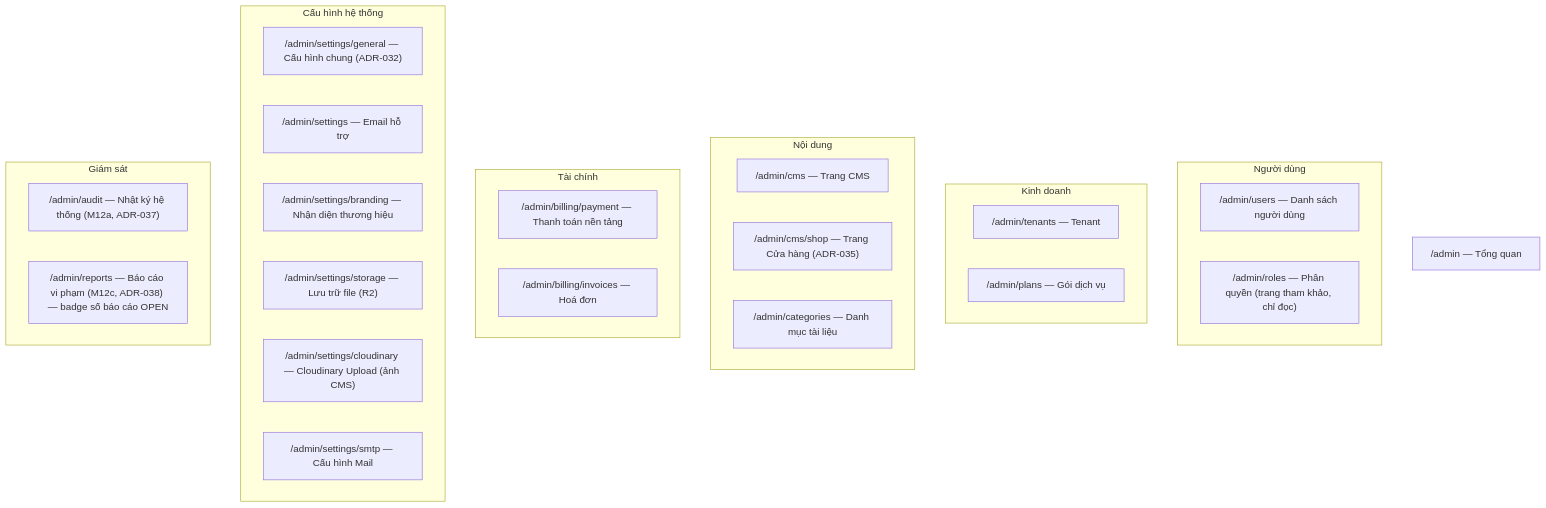
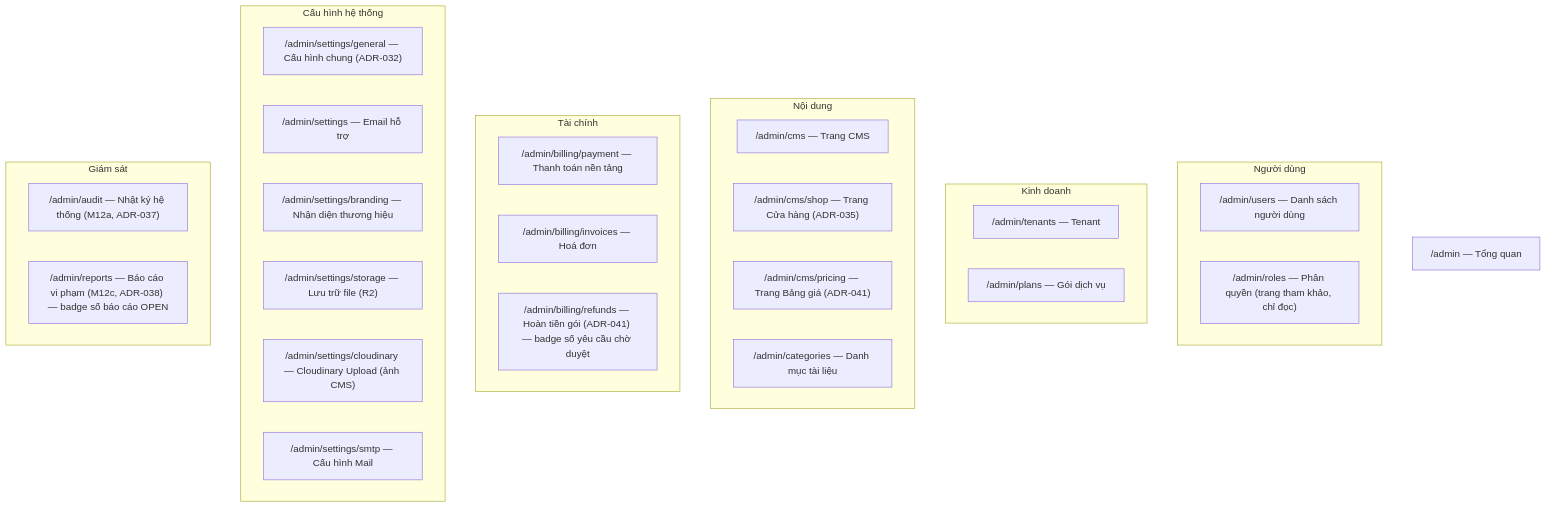
Before and after one commit to vtphong91/gieochu: the first of 2 diagrams in obsidian-knowledge-base/02-System-Specs/User-Management-System-Center-Specs.md, drawn with Mermaid. The commit also changed other lines of this file and 22 other files, not shown here.

Commit message:
Trang Bảng giá, Trang profiles 17.10.26 2

````diff
--- a/obsidian-knowledge-base/02-System-Specs/User-Management-System-Center-Specs.md
+++ b/obsidian-knowledge-base/02-System-Specs/User-Management-System-Center-Specs.md
@@ -39,33 +43,35 @@
 ```mermaid
 flowchart TB
     Root["/admin — Tổng quan"]
     subgraph G1["Người dùng"]
         U1["/admin/users — Danh sách người dùng"]
         U2["/admin/roles — Phân quyền (trang tham khảo, chỉ đọc)"]
     end
     subgraph G2["Kinh doanh"]
         B1["/admin/tenants — Tenant"]
         B2["/admin/plans — Gói dịch vụ"]
     end
     subgraph G3["Nội dung"]
         C1["/admin/cms — Trang CMS"]
         C3["/admin/cms/shop — Trang Cửa hàng (ADR-035)"]
+        C4["/admin/cms/pricing — Trang Bảng giá (ADR-041)"]
         C2["/admin/categories — Danh mục tài liệu"]
     end
     subgraph G4["Tài chính"]
         F1["/admin/billing/payment — Thanh toán nền tảng"]
         F2["/admin/billing/invoices — Hoá đơn"]
+        F3["/admin/billing/refunds — Hoàn tiền gói (ADR-041) — badge số yêu cầu chờ duyệt"]
     end
     subgraph G5["Cấu hình hệ thống"]
         S0["/admin/settings/general — Cấu hình chung (ADR-032)"]
         S1["/admin/settings — Email hỗ trợ"]
         S2["/admin/settings/branding — Nhận diện thương hiệu"]
         S3["/admin/settings/storage — Lưu trữ file (R2)"]
         S4["/admin/settings/cloudinary — Cloudinary Upload (ảnh CMS)"]
         S5["/admin/settings/smtp — Cấu hình Mail"]
     end
     subgraph G6["Giám sát"]
         M1["/admin/audit — Nhật ký hệ thống (M12a, ADR-037)"]
         M2["/admin/reports — Báo cáo vi phạm (M12c, ADR-038) — badge số báo cáo OPEN"]
     end
 ```
````
